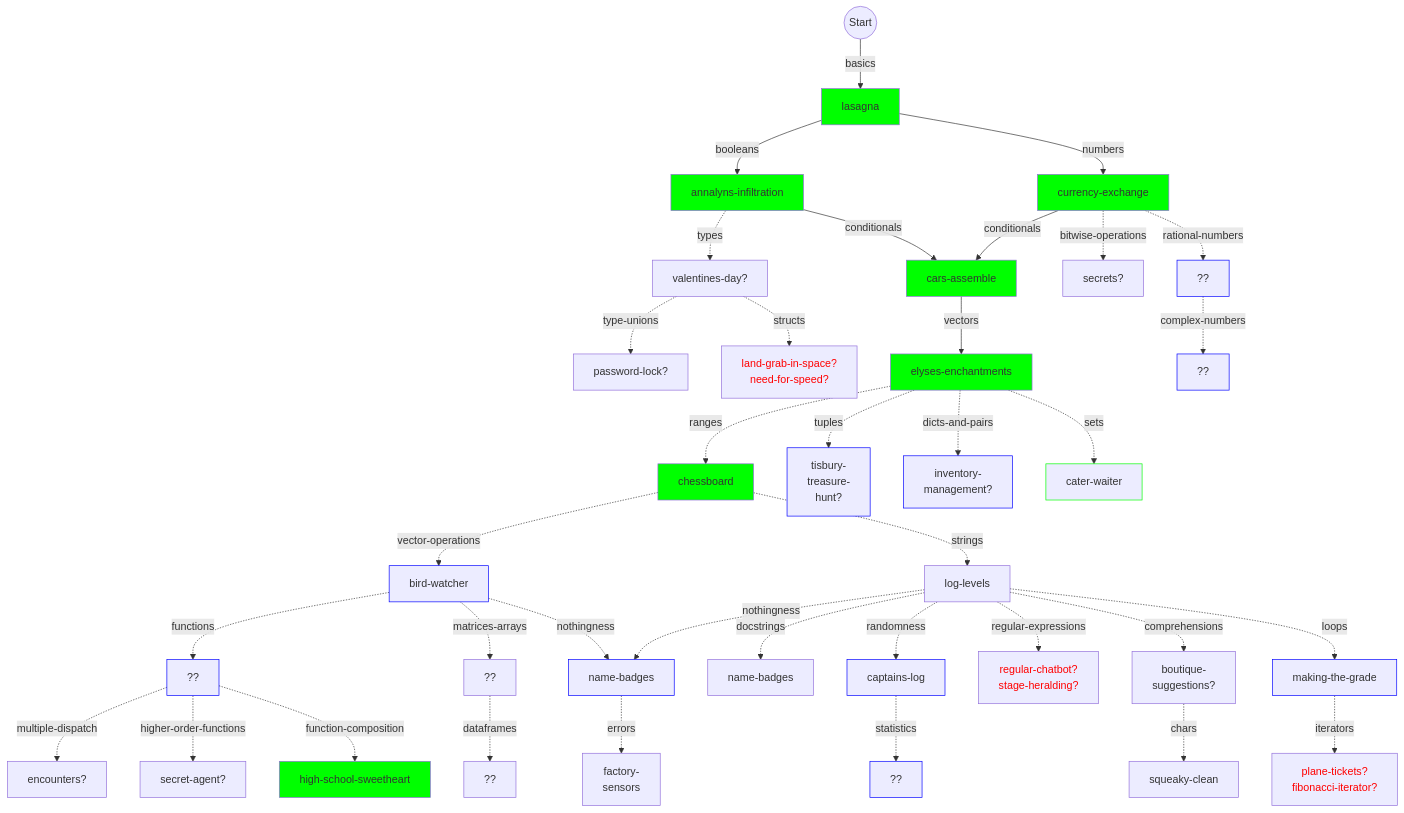
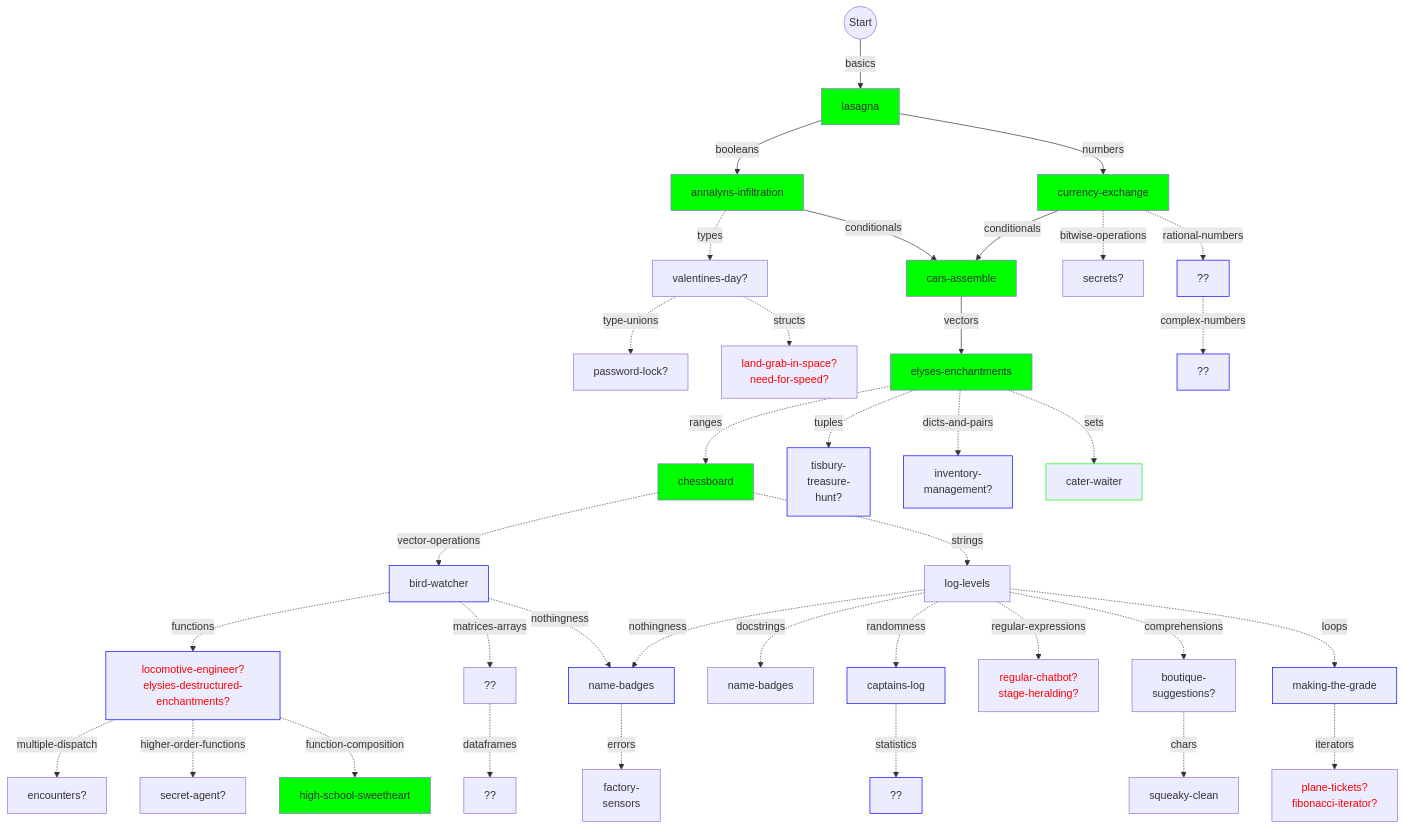
Before and after one commit to colinleach/learning-track-doodles: the diagram in julia/flowchart.md, drawn with Mermaid.

Commit message:
functions update

```diff
--- a/julia/flowchart.md
+++ b/julia/flowchart.md
@@ -102,10 +102,8 @@
 
 matrices-arrays -.dataframes.-> dataframes["??"]
 
-%% vector-functions -.functions.-> functions["??"]
-
-vector-operations -.functions.-> functions["??"]
-style functions stroke:#00f
+vector-operations -.functions.-> functions["locomotive-engineer?<br/>elysies-destructured-enchantments?"]
+style functions stroke:#00f,color:#f00
 
 %% vectors -.broadcasting.-> broadcasting["??"]
 %% %% style broadcasting fill:#f00,color:#fff
```
